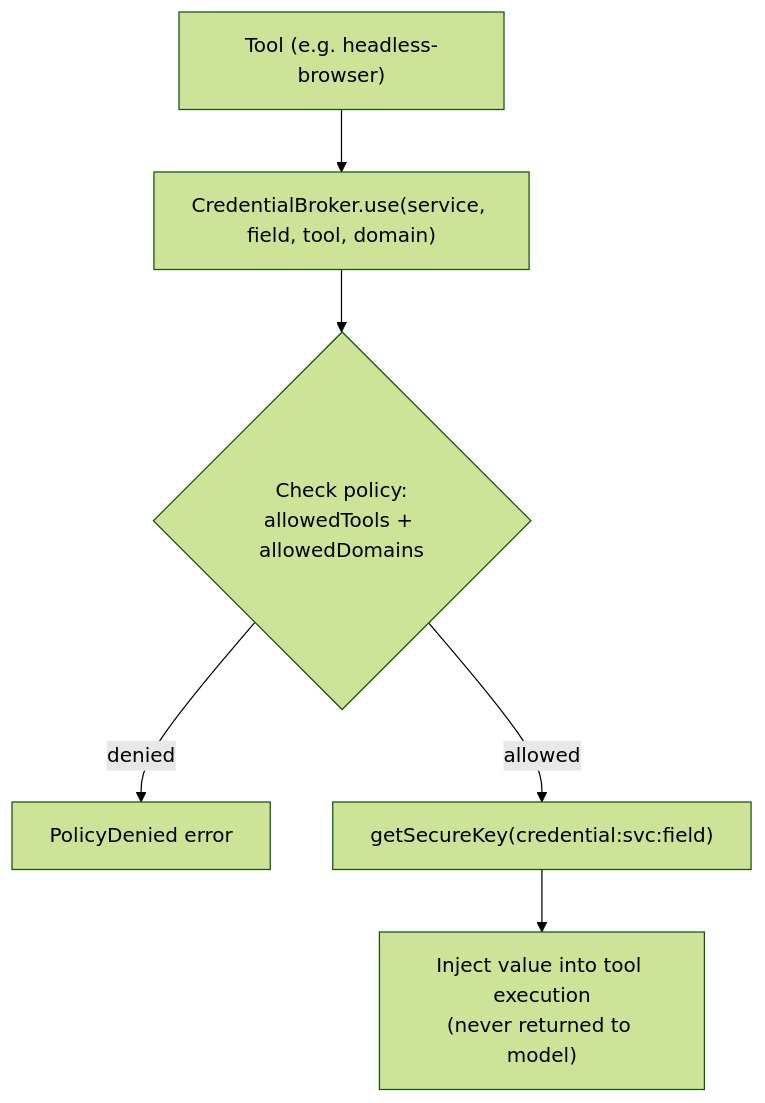
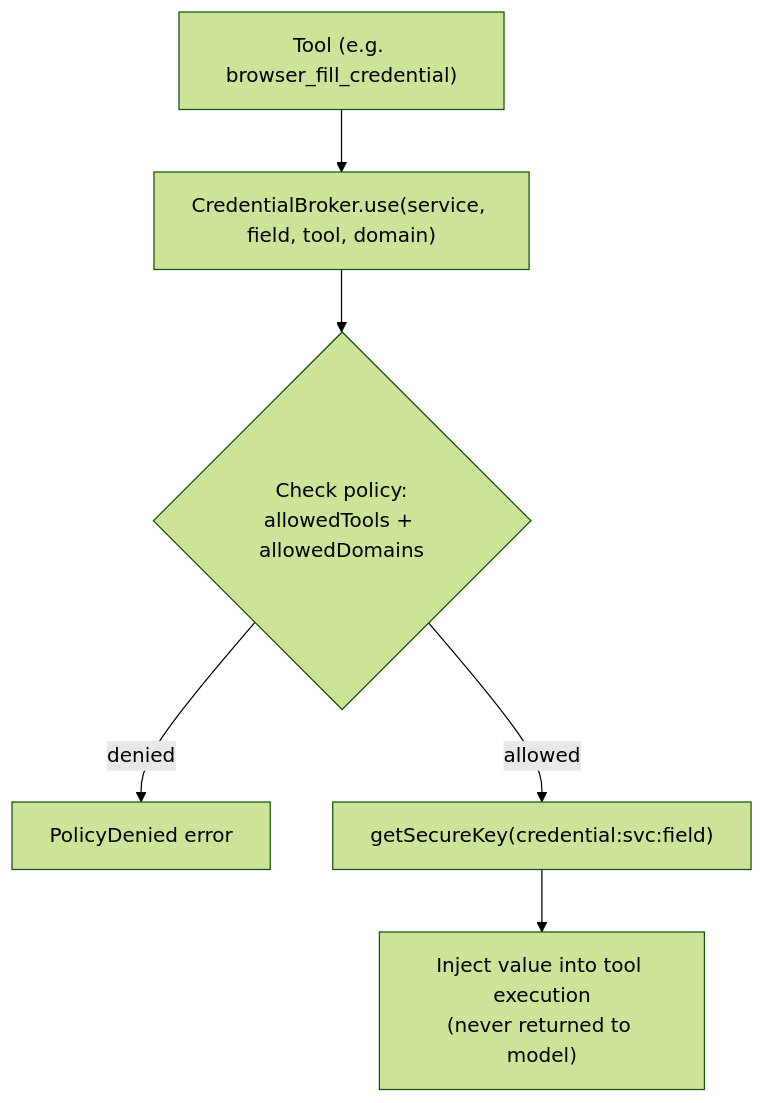
Diagram 33 of 34 in ARCHITECTURE.md (vellum-ai/vellum-assistant), drawn with Mermaid (forest theme) before and after one commit. The commit also changed other lines of this file, not shown here.

Commit message:
docs: update architecture for browser skill migration and default trust rules

````diff
--- a/ARCHITECTURE.md
+++ b/ARCHITECTURE.md
@@ -2238,8 +2262,8 @@
 ```mermaid
 graph TB
-    TOOL["Tool (e.g. headless-browser)"] --> BROKER["CredentialBroker.use(service, field, tool, domain)"]
+    TOOL["Tool (e.g. browser_fill_credential)"] --> BROKER["CredentialBroker.use(service, field, tool, domain)"]
     BROKER --> POLICY{"Check policy:<br/>allowedTools + allowedDomains"}
     POLICY -->|denied| REJECT["PolicyDenied error"]
     POLICY -->|allowed| FETCH["getSecureKey(credential:svc:field)"]
     FETCH --> INJECT["Inject value into tool execution<br/>(never returned to model)"]
 ```
````
